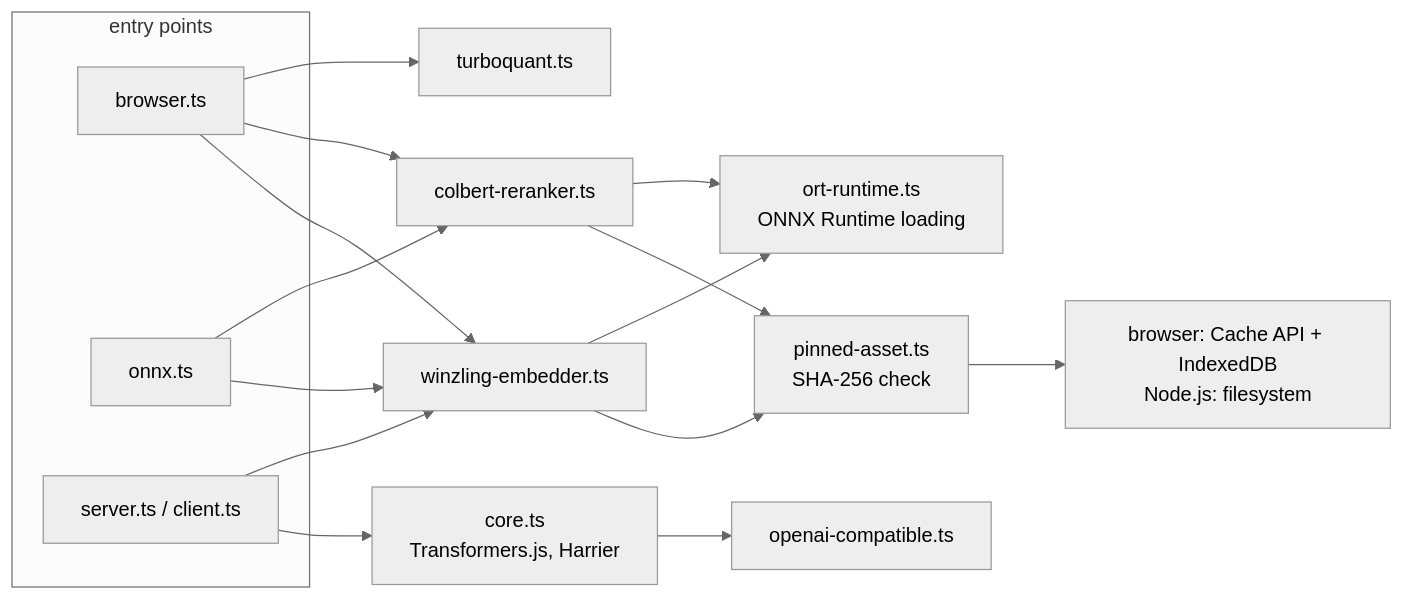
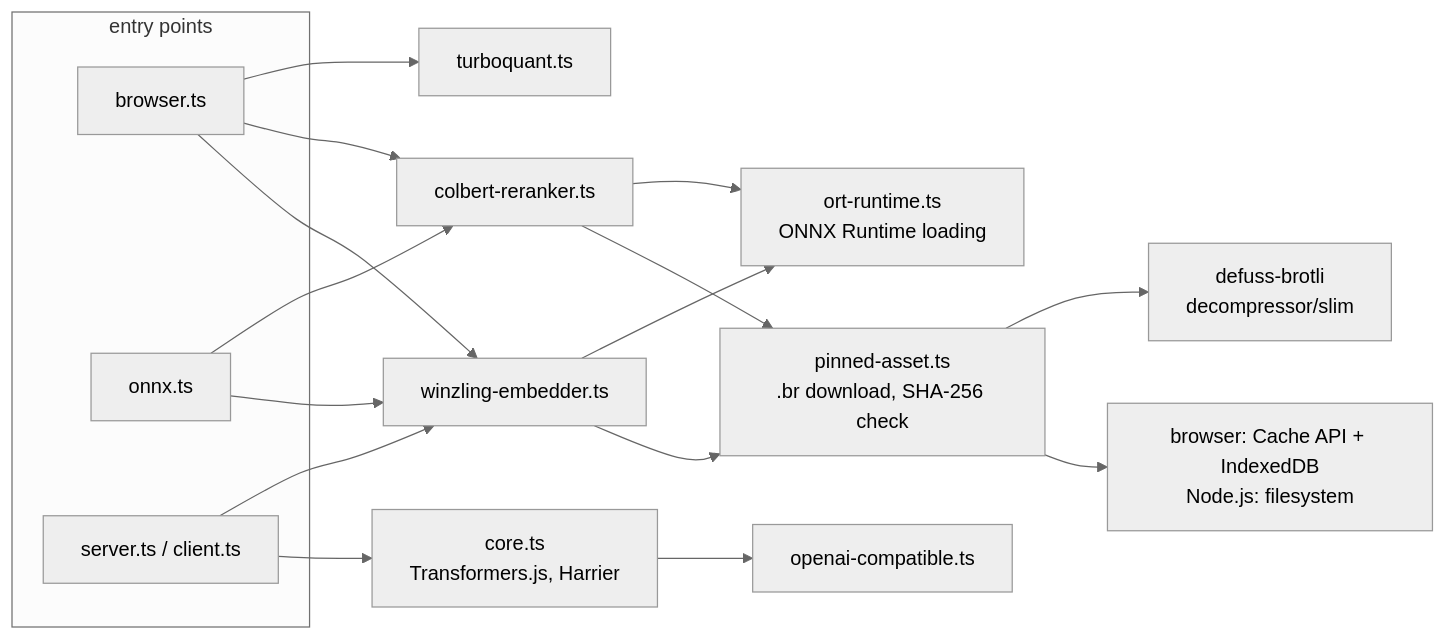
The diagram in ARCH.md (kyr0/defuss-vectorsearch), drawn with Mermaid (neutral theme) before and after one commit. The commit also changed other lines of this file and 65 other files, not shown here.

````diff
--- a/ARCH.md
+++ b/ARCH.md
@@ -23,21 +25,22 @@
 ```mermaid
 flowchart LR
     subgraph entries ["entry points"]
         B["browser.ts"]
         O["onnx.ts"]
         SC["server.ts / client.ts"]
     end
     B --> W["winzling-embedder.ts"]
     B --> C["colbert-reranker.ts"]
     O --> W
     O --> C
     SC --> CORE["core.ts<br/>Transformers.js, Harrier"]
     CORE --> OAI["openai-compatible.ts"]
     SC --> W
-    W --> P["pinned-asset.ts<br/>SHA-256 check"]
+    W --> P["pinned-asset.ts<br/>.br download, SHA-256 check"]
     C --> P
     W --> R["ort-runtime.ts<br/>ONNX Runtime loading"]
     C --> R
     P --> CACHE["browser: Cache API + IndexedDB<br/>Node.js: filesystem"]
+    P --> BR["defuss-brotli<br/>decompressor/slim"]
     B --> T["turboquant.ts"]
 ```
````
